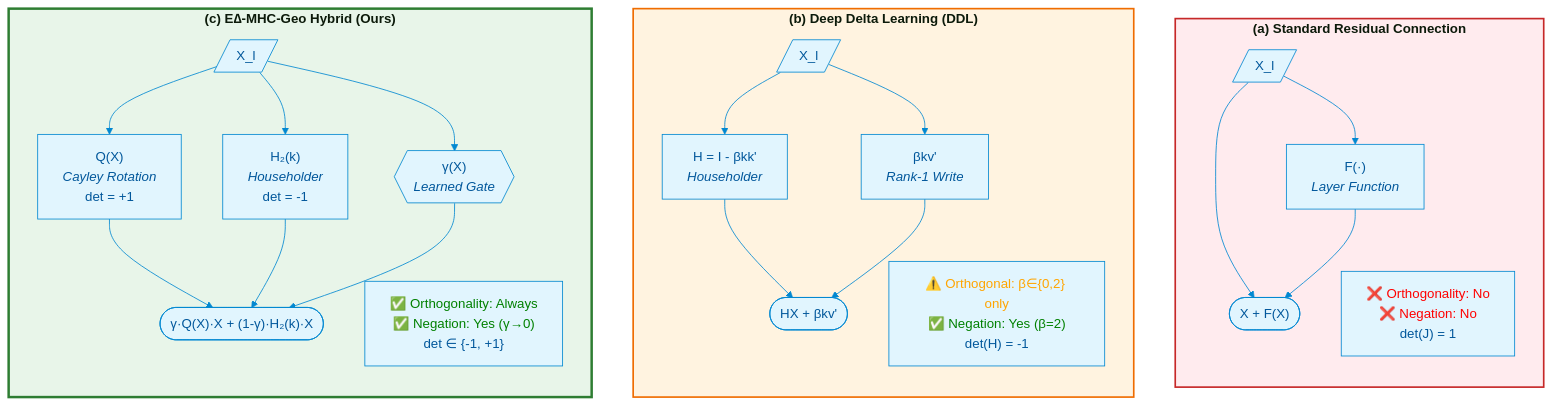
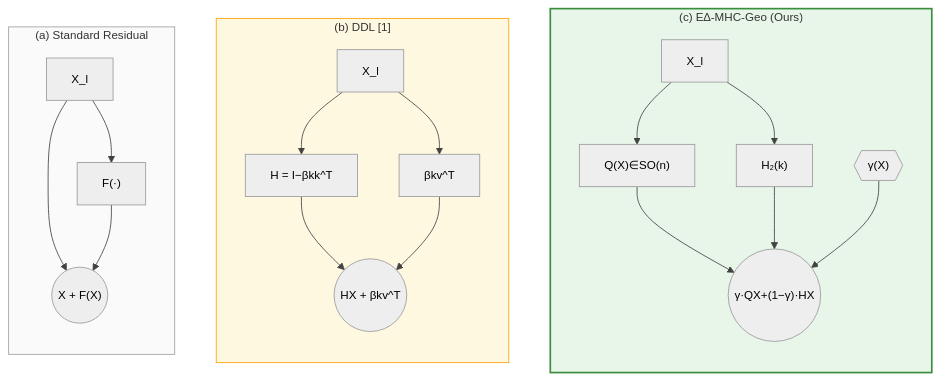
One commit to arash-shahmansoori/edelta changed the first of 7 diagrams in docs/RESEARCH_V3.md. Above: the diagram before and after it, drawn with Mermaid. The commit also changed other lines of this file, not shown here.

First line of the commit message:
Optimize Mermaid diagrams for publication quality

````diff
--- a/docs/RESEARCH_V3.md
+++ b/docs/RESEARCH_V3.md
@@ -47,47 +47,33 @@
 ```mermaid
-%%{init: {'theme': 'base', 'themeVariables': { 'primaryColor': '#e1f5fe', 'primaryTextColor': '#01579b', 'primaryBorderColor': '#0288d1', 'lineColor': '#0288d1', 'secondaryColor': '#fff3e0', 'tertiaryColor': '#f3e5f5'}}}%%
-flowchart TB
-    subgraph A["<b>(a) Standard Residual Connection</b>"]
+%%{init: {'theme': 'neutral', 'themeVariables': { 'primaryColor': '#f5f5f5', 'primaryTextColor': '#212121', 'primaryBorderColor': '#616161', 'lineColor': '#424242', 'fontSize': '14px'}}}%%
+flowchart LR
+    subgraph A["(a) Standard Residual"]
         direction TB
-        A1[/"X_l"/]
-        A2["F(·)<br/><i>Layer Function</i>"]
-        A3(["X + F(X)"])
-        A1 --> A2
+        A1["X_l"] --> A2["F(·)"]
         A1 --> A3
-        A2 --> A3
-        A4["<span style='color:red'>❌ Orthogonality: No</span><br/><span style='color:red'>❌ Negation: No</span><br/>det(J) = 1"]
+        A2 --> A3(("X + F(X)"))
     end
     
-    subgraph B["<b>(b) Deep Delta Learning (DDL)</b>"]
+    subgraph B["(b) DDL [1]"]
         direction TB
-        B1[/"X_l"/]
-        B2["H = I - βkk'<br/><i>Householder</i>"]
-        B3["βkv'<br/><i>Rank-1 Write</i>"]
-        B4(["HX + βkv'"])
-        B1 --> B2
-        B1 --> B3
+        B1["X_l"] --> B2["H = I−βkk^T"]
+        B1 --> B3["βkv^T"]
         B2 --> B4
-        B3 --> B4
-        B5["<span style='color:orange'>⚠️ Orthogonal: β∈{0,2} only</span><br/><span style='color:green'>✅ Negation: Yes (β=2)</span><br/>det(H) = -1"]
+        B3 --> B4(("HX + βkv^T"))
     end
     
-    subgraph C["<b>(c) E∆-MHC-Geo Hybrid (Ours)</b>"]
+    subgraph C["(c) E∆-MHC-Geo (Ours)"]
         direction TB
-        C1[/"X_l"/]
-        C2["Q(X)<br/><i>Cayley Rotation</i><br/>det = +1"]
-        C3["H₂(k)<br/><i>Householder</i><br/>det = -1"]
-        C4{{"γ(X)<br/><i>Learned Gate</i>"}}
-        C5(["γ·Q(X)·X + (1-γ)·H₂(k)·X"])
-        C1 --> C2
-        C1 --> C3
-        C1 --> C4
+        C1["X_l"] --> C2["Q(X)∈SO(n)"]
+        C1 --> C3["H₂(k)"]
         C2 --> C5
         C3 --> C5
-        C4 --> C5
-        C6["<span style='color:green'>✅ Orthogonality: Always</span><br/><span style='color:green'>✅ Negation: Yes (γ→0)</span><br/>det ∈ {-1, +1}"]
+        C4{{"γ(X)"}} --> C5(("γ·QX+(1−γ)·HX"))
     end
     
-    style A fill:#ffebee,stroke:#c62828,stroke-width:2px
-    style B fill:#fff3e0,stroke:#ef6c00,stroke-width:2px
-    style C fill:#e8f5e9,stroke:#2e7d32,stroke-width:3px
+    A ~~~ B ~~~ C
+    
+    style A fill:#fafafa,stroke:#9e9e9e,stroke-width:1px
+    style B fill:#fff8e1,stroke:#ffa000,stroke-width:1px
+    style C fill:#e8f5e9,stroke:#388e3c,stroke-width:2px
 ```
````
